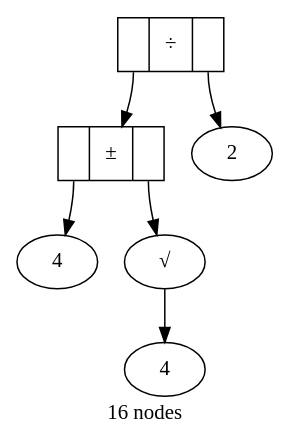
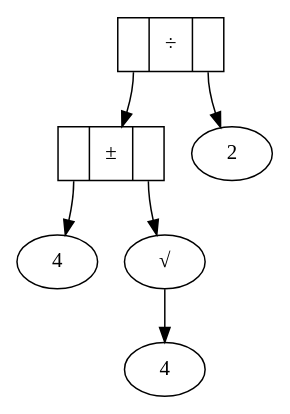
The diagram in Arith_on_Trees/quadratic/instQuadForm3.gv (CousinoMath/blog), drawn with Graphviz before and after one commit. The commit also changed 5 other files, not shown here.

Commit message:
Arithmetic on Trees Graphviz

```diff
--- a/Arith_on_Trees/quadratic/instQuadForm3.gv
+++ b/Arith_on_Trees/quadratic/instQuadForm3.gv
@@ -1,13 +1,12 @@
 strict digraph instQuadForm2 {
-label="16 nodes";
 pm [shape=record,label="<0>|&plusmn;|<1>"];
 sqrt [label="&radic;"];
 div [shape=record,label="<0>|&divide;|<1>"];
 two [label="2"];
 four1,four2 [label="4"];
 div:0 -> pm;
 div:1 -> two;
 pm:0 -> four1;
 pm:1 -> sqrt;
 sqrt -> four2;
 }
```
